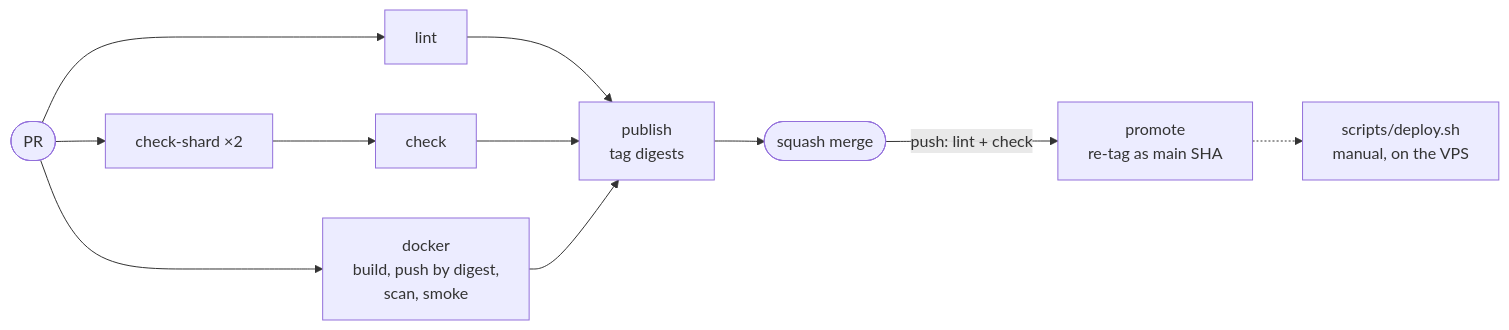
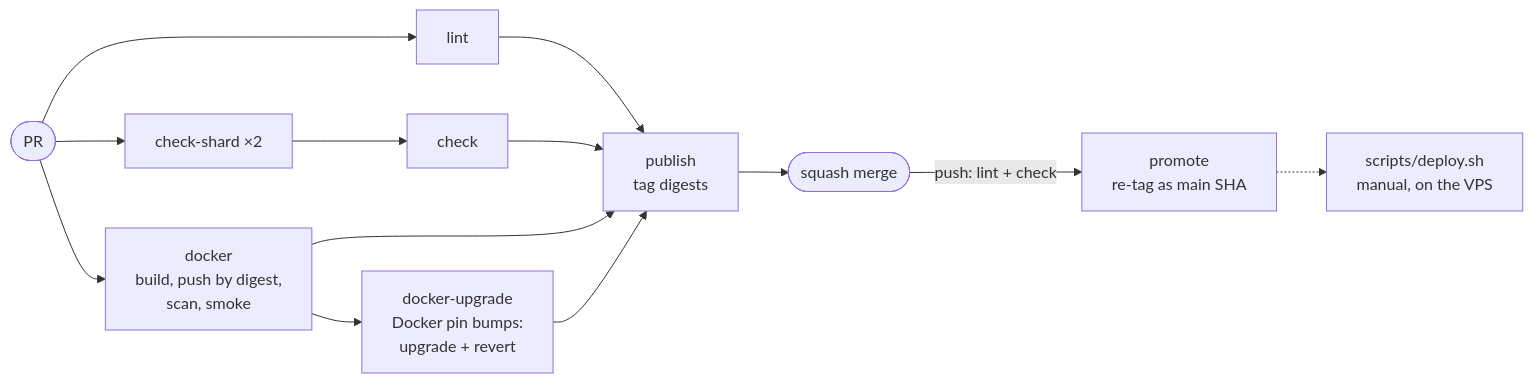
One commit to Projekt-Manager-Org/Projekt-Manager changed the third of 5 diagrams in ARCHITECTURE.md. Above: the diagram before and after it, drawn with Mermaid. The commit also changed 4 other files, not shown here.

First line of the commit message:
docs: Docker upgrade path, revert and rollback across a pin bump (#599)

````diff
--- a/ARCHITECTURE.md
+++ b/ARCHITECTURE.md
@@ -376,9 +376,10 @@
 ```mermaid
 flowchart LR
   pr([PR]) --> lint & shard["check-shard ×2"] & docker["docker<br/>build, push by digest,<br/>scan, smoke"]
   shard --> check
-  lint & check & docker --> publish["publish<br/>tag digests"]
+  docker --> upgrade["docker-upgrade<br/>Docker pin bumps:<br/>upgrade + revert"]
+  lint & check & docker & upgrade --> publish["publish<br/>tag digests"]
   publish --> merge([squash merge])
   merge -->|"push: lint + check"| promote["promote<br/>re-tag as main SHA"]
   promote -.-> deploy["scripts/deploy.sh<br/>manual, on the VPS"]
 ```
````
